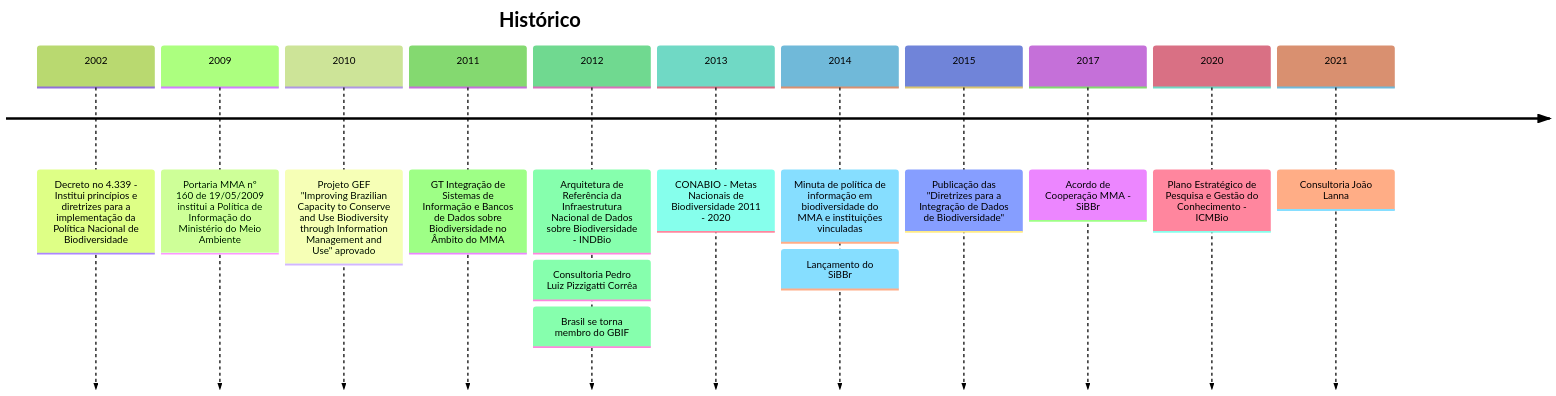
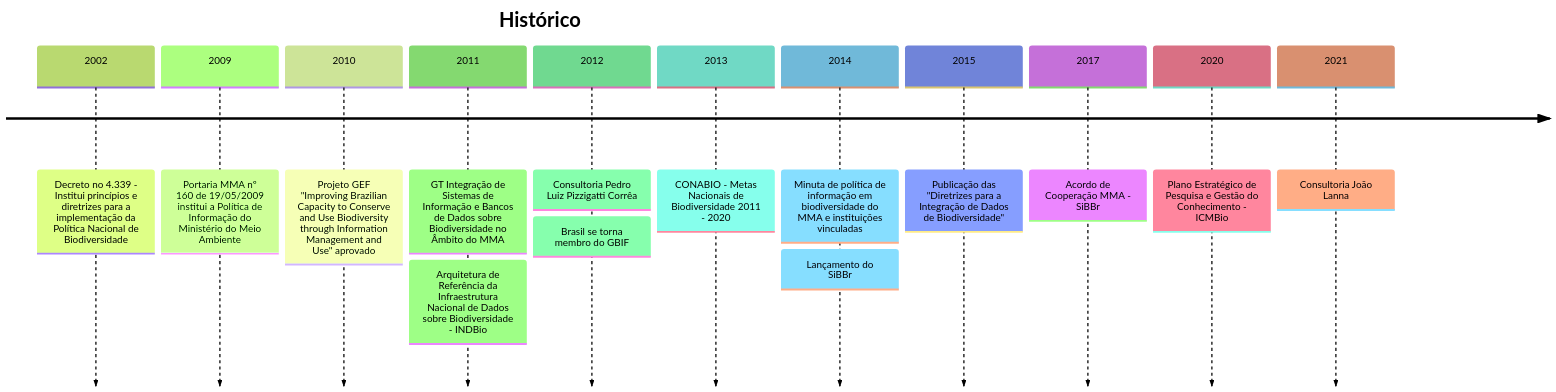
The diagram in timeline.md (edalcin/historicoIntegracaoDadosBiodiv), drawn with Mermaid (forest theme) before and after one commit.

````diff
--- a/timeline.md
+++ b/timeline.md
@@ -1,18 +1,18 @@
 ```mermaid
 timeline
     title Histórico
     2002 : Decreto no 4.339 - Institui princípios e diretrizes para a implementação da Política Nacional de Biodiversidade
     2009 : Portaria MMA nº 160 de 19/05/2009 institui a Política de Informação do Ministério do Meio Ambiente
     2010 : Projeto GEF "Improving Brazilian Capacity to Conserve and Use Biodiversity through Information Management and Use" aprovado
     2011 : GT Integração de Sistemas de Informação e Bancos de Dados sobre Biodiversidade no Âmbito do MMA
-    2012 : Arquitetura de Referência da Infraestrutura Nacional de Dados sobre Biodiversidade - INDBio
-         : Consultoria Pedro Luiz Pizzigatti Corrêa
+         : Arquitetura de Referência da Infraestrutura Nacional de Dados sobre Biodiversidade - INDBio
+    2012 : Consultoria Pedro Luiz Pizzigatti Corrêa
          : Brasil se torna membro do GBIF
     2013 : CONABIO - Metas Nacionais de Biodiversidade 2011 - 2020
     2014 : Minuta de política de informação em biodiversidade do MMA e instituições vinculadas
          : Lançamento do SiBBr
     2015 : Publicação das "Diretrizes para a Integração de Dados de Biodiversidade"
     2017 : Acordo de Cooperação MMA - SiBBr
     2020 : Plano Estratégico de Pesquisa e Gestão do Conhecimento - ICMBio
     2021 : Consultoria João Lanna
 ```
````
